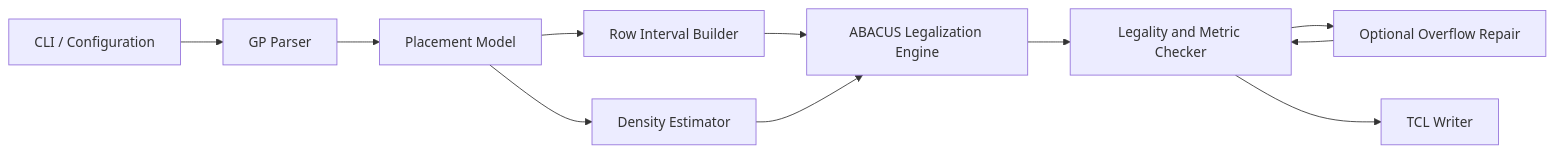
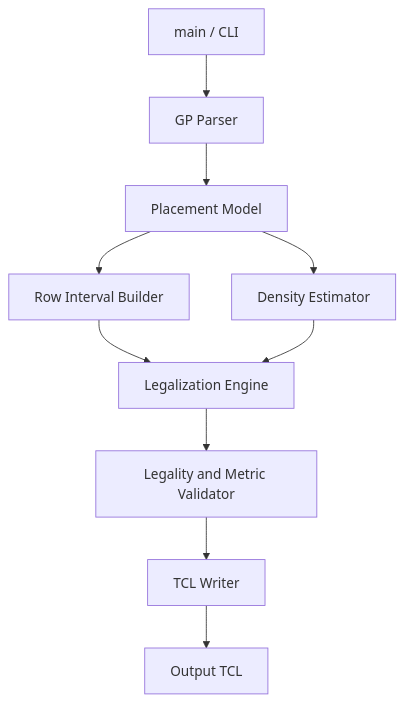
Before and after one commit to weige15/legalizer: the diagram in doc/high-level-design.md, drawn with Mermaid. The commit also changed other lines of this file and 49 other files, not shown here.

````diff
--- a/doc/high-level-design.md
+++ b/doc/high-level-design.md
@@ -56,13 +62,22 @@
 ```mermaid
-flowchart LR
-    CLI["CLI / Configuration"] --> Parser["GP Parser"]
-    Parser --> Model["Placement Model"]
-    Model --> Rows["Row Interval Builder"]
-    Model --> Density["Density Estimator"]
-    Rows --> Engine["ABACUS Legalization Engine"]
-    Density --> Engine
-    Engine --> Checker["Legality and Metric Checker"]
-    Checker --> Repair["Optional Overflow Repair"]
-    Repair --> Checker
-    Checker --> Writer["TCL Writer"]
+flowchart TD
+    CLI["main / CLI"]
+    Parser["GP Parser"]
+    Model["Placement Model"]
+    Rows["Row Interval Builder"]
+    Density["Density Estimator"]
+    Solver["Legalization Engine"]
+    Validate["Legality and Metric Validator"]
+    Writer["TCL Writer"]
+    Output["Output TCL"]
+
+    CLI --> Parser
+    Parser --> Model
+    Model --> Rows
+    Model --> Density
+    Rows --> Solver
+    Density --> Solver
+    Solver --> Validate
+    Validate --> Writer
+    Writer --> Output
 ```
````
